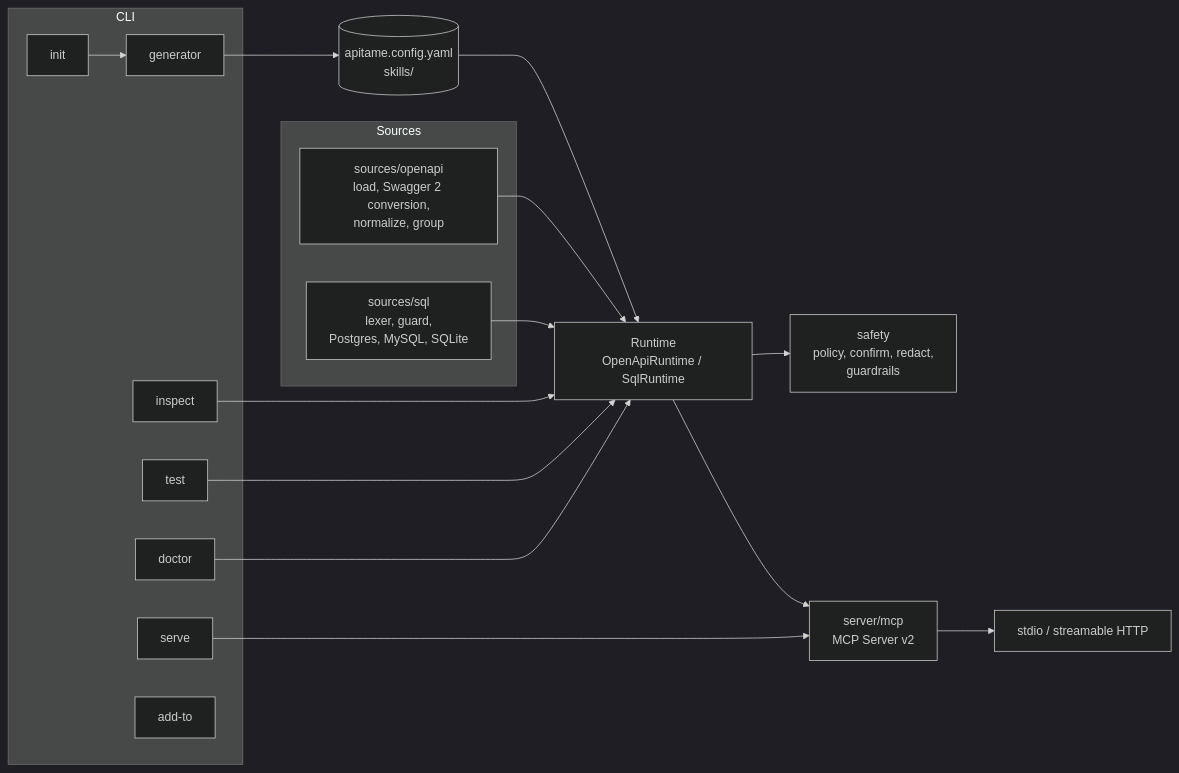
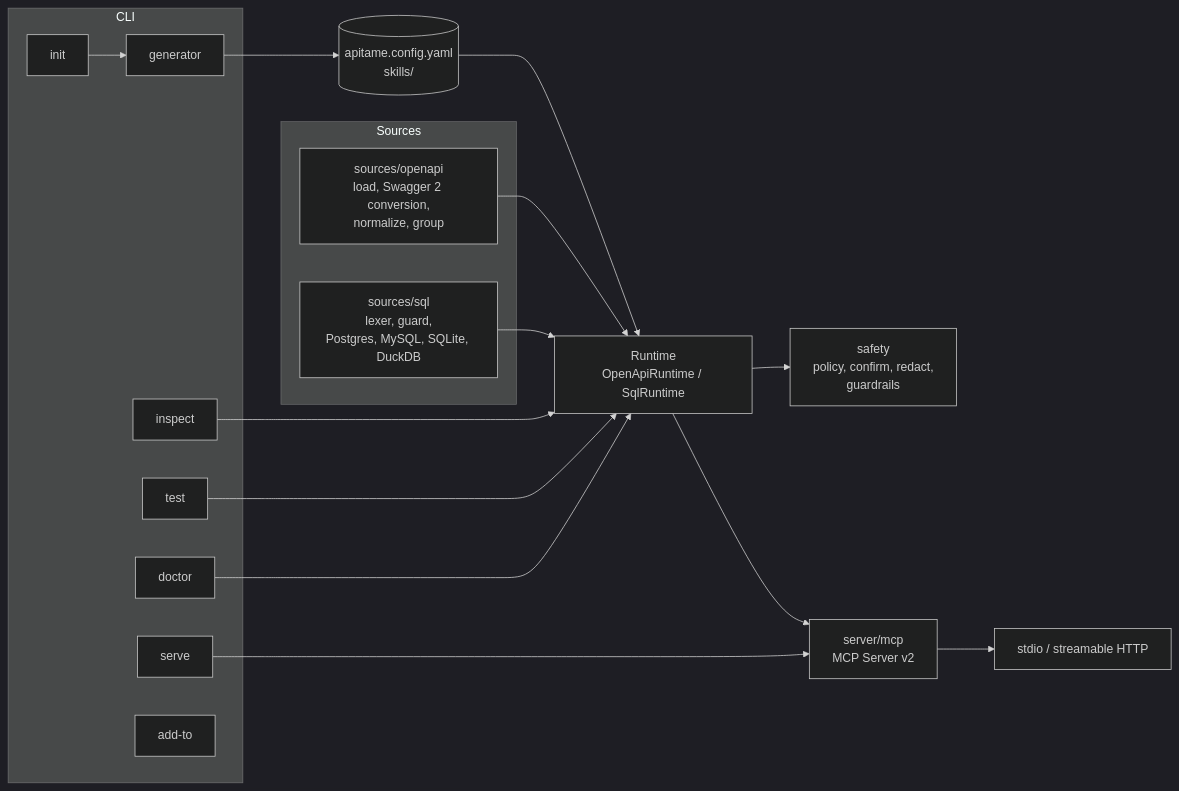
One commit to albert-canfield/apitame changed the diagram in docs/architecture.md. Above: the diagram before and after it, drawn with Mermaid (dark theme). The commit also changed other lines of this file and 38 other files, not shown here.

````diff
--- a/docs/architecture.md
+++ b/docs/architecture.md
@@ -5,27 +5,27 @@
 ```mermaid
 flowchart LR
   subgraph CLI
     init[init] --> gen[generator]
     serve[serve]
     inspect[inspect]
     test[test]
     doctor[doctor]
     addto[add-to]
   end
   subgraph Sources
     oas[sources/openapi<br/>load, Swagger 2 conversion,<br/>normalize, group]
-    sql[sources/sql<br/>lexer, guard,<br/>Postgres, MySQL, SQLite]
+    sql[sources/sql<br/>lexer, guard,<br/>Postgres, MySQL, SQLite, DuckDB]
   end
   cfg[(apitame.config.yaml<br/>skills/)]
   gen --> cfg
   cfg --> rt
   oas --> rt
   sql --> rt
   rt[Runtime<br/>OpenApiRuntime / SqlRuntime] --> safety[safety<br/>policy, confirm, redact,<br/>guardrails]
   rt --> mcp[server/mcp<br/>MCP Server v2]
   mcp --> tr[stdio / streamable HTTP]
   serve --> mcp
   inspect --> rt
   test --> rt
   doctor --> rt
 ```
````
